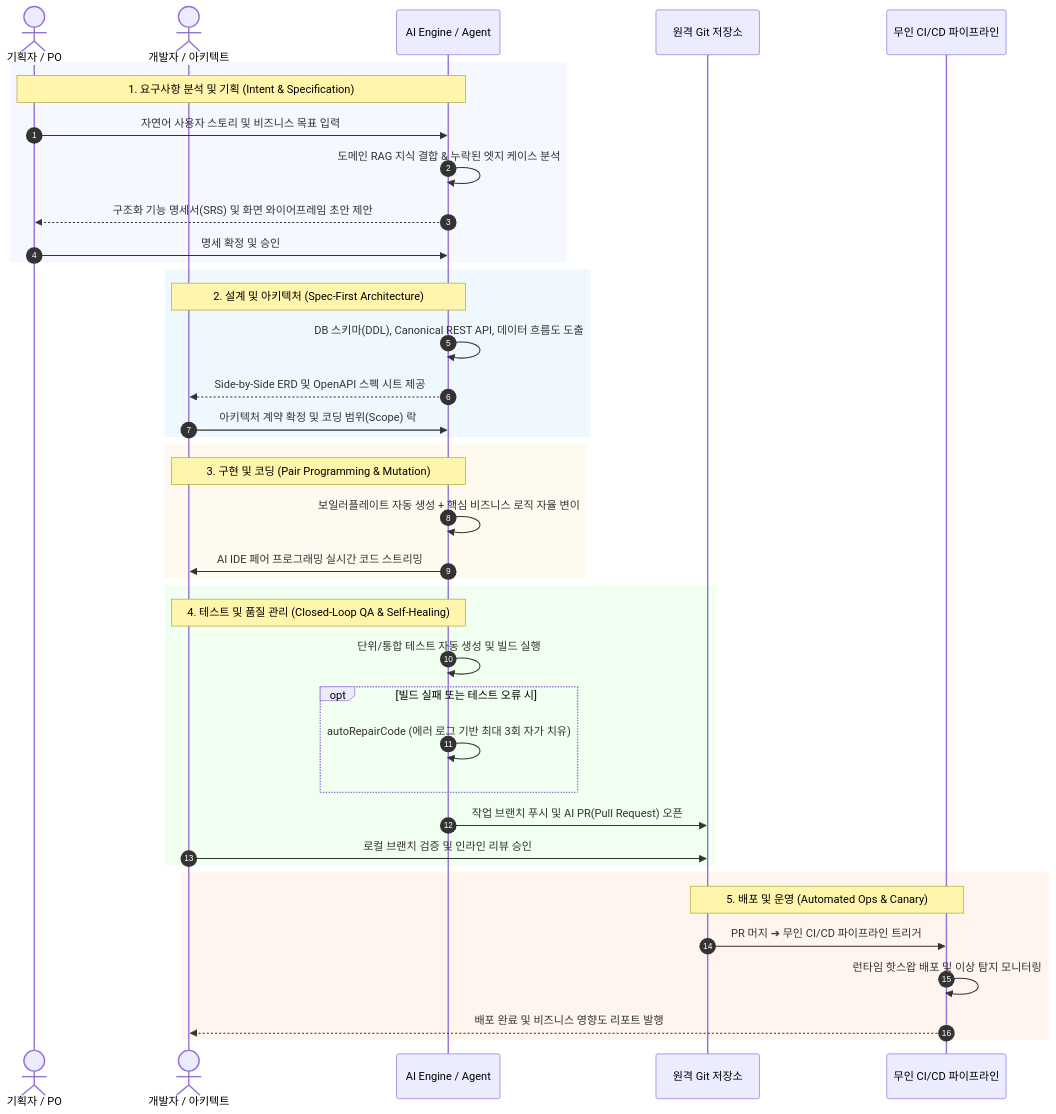
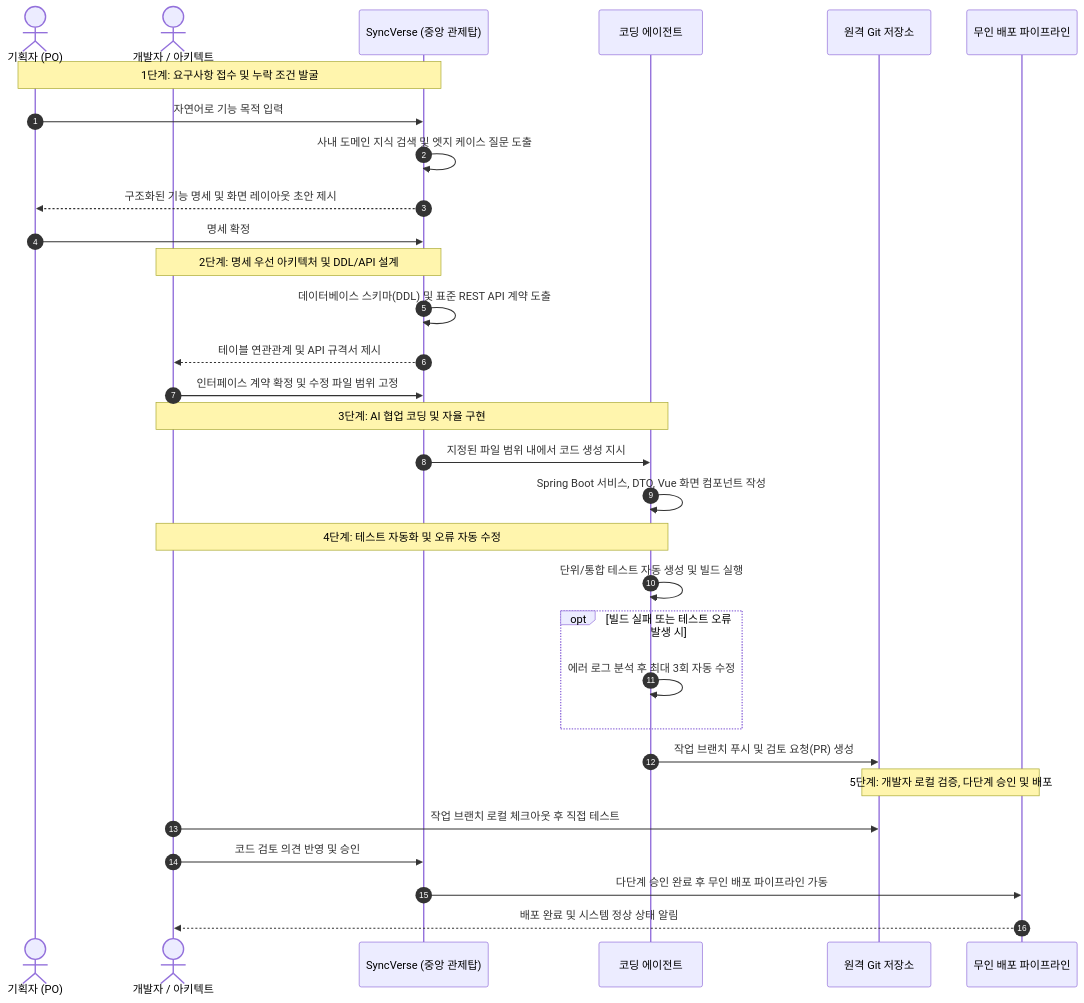
Before and after one commit to DramaticCollaboration/doc.github.io: the second of 2 diagrams in ko/agile/ai-driven-development.md, drawn with Mermaid. The commit also changed other lines of this file and 8 other files, not shown here.

````diff
--- a/ko/agile/ai-driven-development.md
+++ b/ko/agile/ai-driven-development.md
@@ -107,47 +109,38 @@
 ```mermaid
 sequenceDiagram
     autonumber
-    actor PO as 기획자 / PO
+    actor PO as 기획자 (PO)
     actor Dev as 개발자 / 아키텍트
-    participant AI as AI Engine / Agent
-    participant Repo as 원격 Git 저장소
-    participant CI as 무인 CI/CD 파이프라인
+    participant SV as SyncVerse (중앙 관제탑)
+    participant Agent as 코딩 에이전트
+    participant Git as 원격 Git 저장소
+    participant CI as 무인 배포 파이프라인
 
-    rect rgb(245, 248, 255)
-    Note over PO,AI: 1. 요구사항 분석 및 기획 (Intent & Specification)
-    PO->>AI: 자연어 사용자 스토리 및 비즈니스 목표 입력
-    AI->>AI: 도메인 RAG 지식 결합 & 누락된 엣지 케이스 분석
-    AI-->>PO: 구조화 기능 명세서(SRS) 및 화면 와이어프레임 초안 제안
-    PO->>AI: 명세 확정 및 승인
+    Note over PO,SV: 1단계: 요구사항 접수 및 누락 조건 발굴
+    PO->>SV: 자연어로 기능 목적 입력
+    SV->>SV: 사내 도메인 지식 검색 및 엣지 케이스 질문 도출
+    SV-->>PO: 구조화된 기능 명세 및 화면 레이아웃 초안 제시
+    PO->>SV: 명세 확정
+
+    Note over Dev,SV: 2단계: 명세 우선 아키텍처 및 DDL/API 설계
+    SV->>SV: 데이터베이스 스키마(DDL) 및 표준 REST API 계약 도출
+    SV-->>Dev: 테이블 연관관계 및 API 규격서 제시
+    Dev->>SV: 인터페이스 계약 확정 및 수정 파일 범위 고정
+
+    Note over Dev,Agent: 3단계: AI 협업 코딩 및 자율 구현
+    SV->>Agent: 지정된 파일 범위 내에서 코드 생성 지시
+    Agent->>Agent: Spring Boot 서비스, DTO, Vue 화면 컴포넌트 작성
+
+    Note over Dev,Agent: 4단계: 테스트 자동화 및 오류 자동 수정
+    Agent->>Agent: 단위/통합 테스트 자동 생성 및 빌드 실행
+    opt 빌드 실패 또는 테스트 오류 발생 시
+        Agent->>Agent: 에러 로그 분석 후 최대 3회 자동 수정
     end
+    Agent->>Git: 작업 브랜치 푸시 및 검토 요청(PR) 생성
 
-    rect rgb(240, 248, 255)
-    Note over Dev,AI: 2. 설계 및 아키텍처 (Spec-First Architecture)
-    AI->>AI: DB 스키마(DDL), Canonical REST API, 데이터 흐름도 도출
-    AI-->>Dev: Side-by-Side ERD 및 OpenAPI 스펙 시트 제공
-    Dev->>AI: 아키텍처 계약 확정 및 코딩 범위(Scope) 락
-    end
-
-    rect rgb(255, 250, 240)
-    Note over Dev,AI: 3. 구현 및 코딩 (Pair Programming & Mutation)
-    AI->>AI: 보일러플레이트 자동 생성 + 핵심 비즈니스 로직 자율 변이
-    AI->>Dev: AI IDE 페어 프로그래밍 실시간 코드 스트리밍
-    end
-
-    rect rgb(240, 255, 240)
-    Note over Dev,AI: 4. 테스트 및 품질 관리 (Closed-Loop QA & Self-Healing)
-    AI->>AI: 단위/통합 테스트 자동 생성 및 빌드 실행
-    opt 빌드 실패 또는 테스트 오류 시
-        AI->>AI: autoRepairCode (에러 로그 기반 최대 3회 자가 치유)
-    end
-    AI->>Repo: 작업 브랜치 푸시 및 AI PR(Pull Request) 오픈
-    Dev->>Repo: 로컬 브랜치 검증 및 인라인 리뷰 승인
-    end
-
-    rect rgb(255, 245, 238)
-    Note over Repo,CI: 5. 배포 및 운영 (Automated Ops & Canary)
-    Repo->>CI: PR 머지 ➔ 무인 CI/CD 파이프라인 트리거
-    CI->>CI: 런타임 핫스왑 배포 및 이상 탐지 모니터링
-    CI-->>Dev: 배포 완료 및 비즈니스 영향도 리포트 발행
-    end
+    Note over Git,CI: 5단계: 개발자 로컬 검증, 다단계 승인 및 배포
+    Dev->>Git: 작업 브랜치 로컬 체크아웃 후 직접 테스트
+    Dev->>SV: 코드 검토 의견 반영 및 승인
+    SV->>CI: 다단계 승인 완료 후 무인 배포 파이프라인 가동
+    CI-->>Dev: 배포 완료 및 시스템 정상 상태 알림
 ```
````
